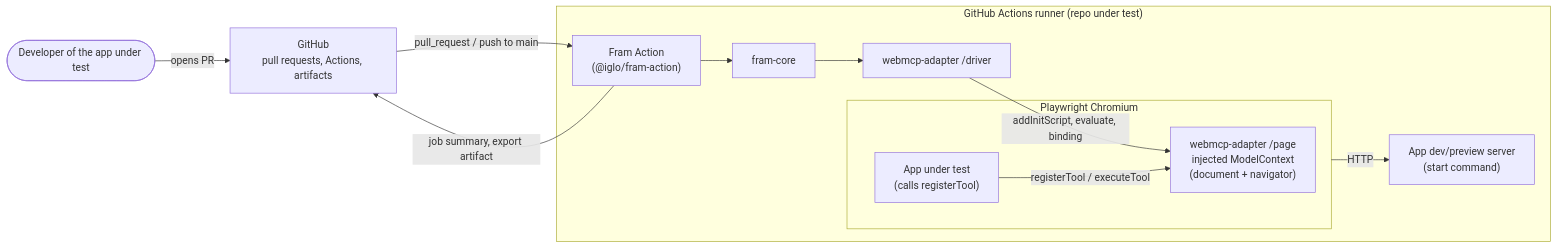
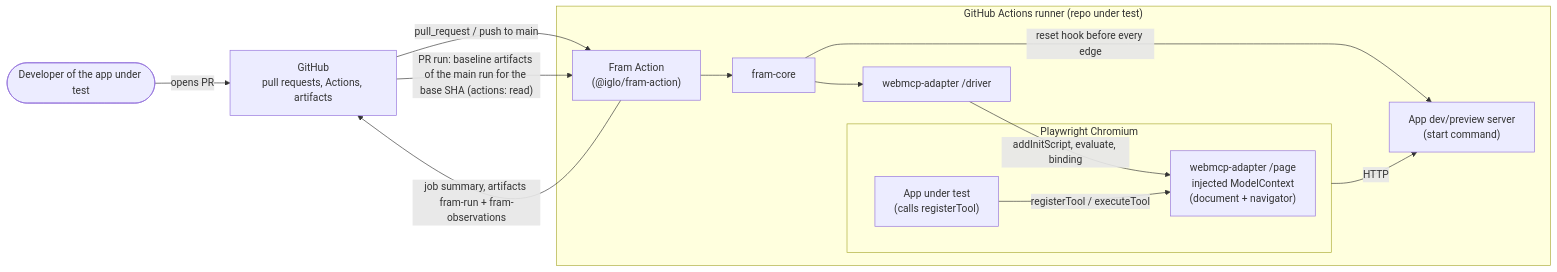
Before and after one commit to valentinpalkovic/Igglo: the diagram in docs/architecture/context.md, drawn with Mermaid. The commit also changed other lines of this file and 2 other files, not shown here.

First paragraph of the commit message:
ADR-007: Fram MVP exploration, output checks, run export and stable finding IDs (IGL-47) (#8)
* docs(adr): ADR-007 Fram MVP exploration, output checks, run export and stable finding IDs

````diff
--- a/docs/architecture/context.md
+++ b/docs/architecture/context.md
@@ -5,24 +5,26 @@
 ```mermaid
 flowchart LR
   dev(["Developer of the app under test"])
   gh["GitHub<br/>pull requests, Actions, artifacts"]
 
   subgraph runner["GitHub Actions runner (repo under test)"]
     action["Fram Action<br/>(@iglo/fram-action)"]
     core["fram-core"]
     driver["webmcp-adapter /driver"]
     subgraph browser["Playwright Chromium"]
       shim["webmcp-adapter /page<br/>injected ModelContext<br/>(document + navigator)"]
       app["App under test<br/>(calls registerTool)"]
     end
     server["App dev/preview server<br/>(start command)"]
   end
 
   dev -- "opens PR" --> gh
   gh -- "pull_request / push to main" --> action
   action --> core --> driver
   driver -- "addInitScript, evaluate, binding" --> shim
   app -- "registerTool / executeTool" --> shim
   browser -- "HTTP" --> server
-  action -- "job summary, export artifact" --> gh
+  action -- "job summary, artifacts fram-run + fram-observations" --> gh
+  gh -- "PR run: baseline artifacts of the main run for the base SHA (actions: read)" --> action
+  core -- "reset hook before every edge" --> server
 ```
````
